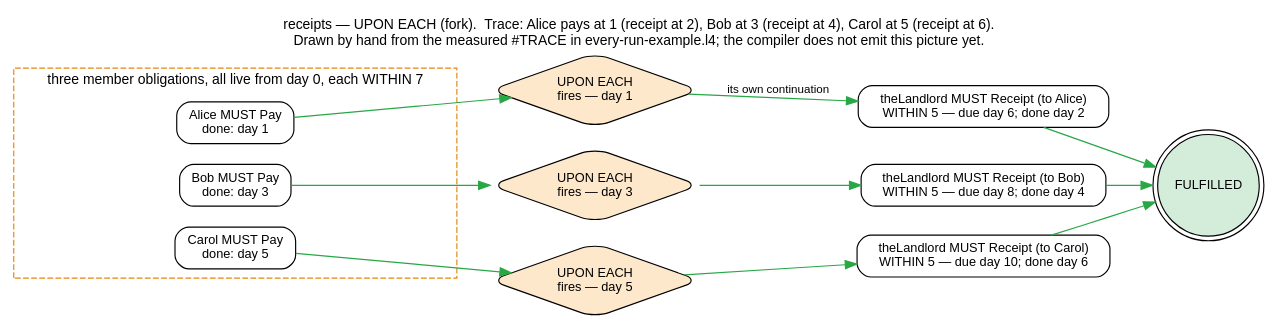
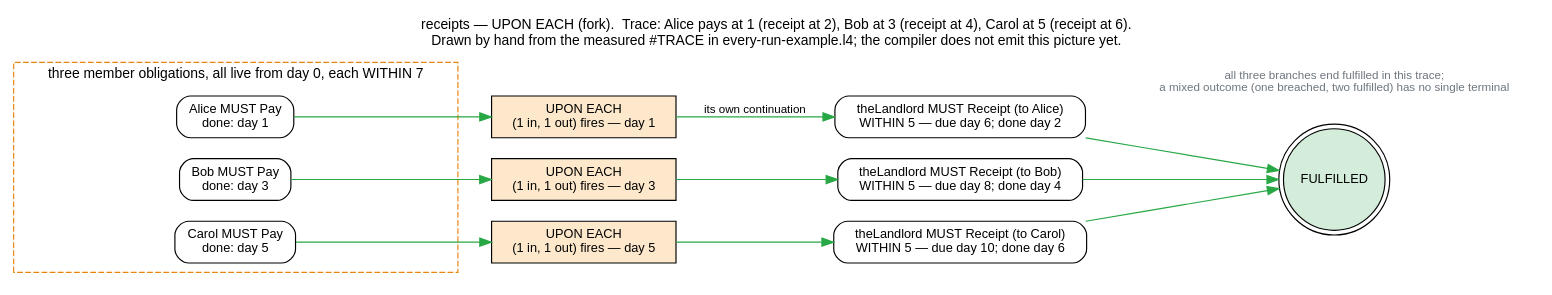
Before and after one commit to legalese/l4-ide: the diagram in doc/reference/regulative/figures/every-fork-run.dot, drawn with Graphviz. The commit also changed 28 other files, not shown here.

```diff
--- a/doc/reference/regulative/figures/every-fork-run.dot
+++ b/doc/reference/regulative/figures/every-fork-run.dot
@@ -1,13 +1,15 @@
 digraph fork_run {
   rankdir=LR; fontname="Helvetica"; node [fontname="Helvetica", fontsize=11, shape=box, style="rounded,filled", fillcolor="#ffffff"]; edge [fontname="Helvetica", fontsize=10];
   label="receipts — UPON EACH (fork).  Trace: Alice pays at 1 (receipt at 2), Bob at 3 (receipt at 4), Carol at 5 (receipt at 6).\nDrawn by hand from the measured #TRACE in every-run-example.l4; the compiler does not emit this picture yet."; labelloc=t; fontsize=12;
   subgraph cluster_members { label="three member obligations, all live from day 0, each WITHIN 7"; style=dashed; color="#e8850c";
     a [label="Alice MUST Pay\ndone: day 1"]; b [label="Bob MUST Pay\ndone: day 3"]; c [label="Carol MUST Pay\ndone: day 5"];
   }
-  ja [label="UPON EACH\nfires — day 1", shape=diamond, fillcolor="#fde8cc"]; jb [label="UPON EACH\nfires — day 3", shape=diamond, fillcolor="#fde8cc"]; jc [label="UPON EACH\nfires — day 5", shape=diamond, fillcolor="#fde8cc"];
+  ja [label="UPON EACH\n(1 in, 1 out) fires — day 1", shape=box, style="filled", fillcolor="#fde8cc"]; jb [label="UPON EACH\n(1 in, 1 out) fires — day 3", shape=box, style="filled", fillcolor="#fde8cc"]; jc [label="UPON EACH\n(1 in, 1 out) fires — day 5", shape=box, style="filled", fillcolor="#fde8cc"];
   ha [label="theLandlord MUST Receipt (to Alice)\nWITHIN 5 — due day 6; done day 2"]; hb [label="theLandlord MUST Receipt (to Bob)\nWITHIN 5 — due day 8; done day 4"]; hc [label="theLandlord MUST Receipt (to Carol)\nWITHIN 5 — due day 10; done day 6"];
   f [label="FULFILLED", shape=doublecircle, fillcolor="#d4edda"];
+  note [label="all three branches end fulfilled in this trace;\na mixed outcome (one breached, two fulfilled) has no single terminal", shape=plaintext, fontsize=10, fontcolor="#6c757d"];
+  { rank=same; f; note; }
   a -> ja [color="#28a745"]; b -> jb [color="#28a745"]; c -> jc [color="#28a745"];
   ja -> ha [label="its own continuation", color="#28a745"]; jb -> hb [color="#28a745"]; jc -> hc [color="#28a745"];
   ha -> f [color="#28a745"]; hb -> f [color="#28a745"]; hc -> f [color="#28a745"];
 }
```
